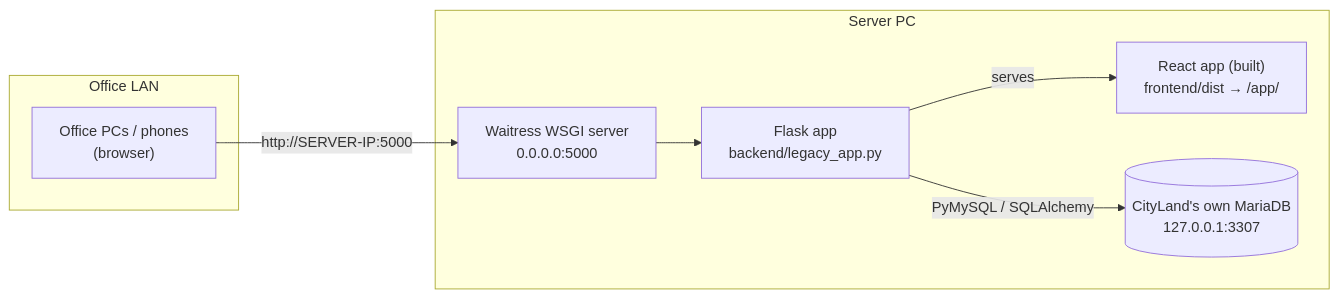
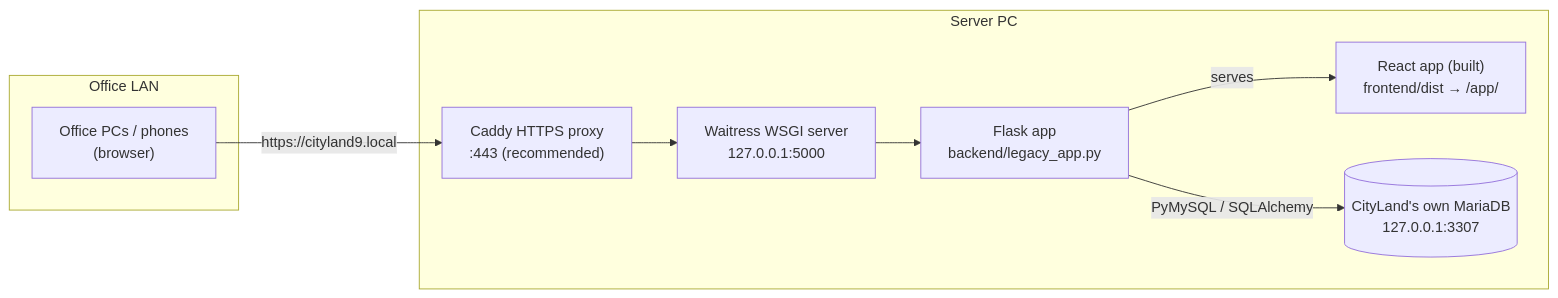
One commit to bryyydev/CITYLAND9_CONDO_SYSTEM changed the first of 2 diagrams in docs/run-guide/README.md. Above: the diagram before and after it, drawn with Mermaid. The commit also changed other lines of this file and 419 other files, not shown here.

````diff
--- a/docs/run-guide/README.md
+++ b/docs/run-guide/README.md
@@ -24,15 +24,16 @@
 ```mermaid
 flowchart LR
   subgraph LAN["Office LAN"]
     PC1["Office PCs / phones<br/>(browser)"]
   end
   subgraph Server["Server PC"]
-    W["Waitress WSGI server<br/>0.0.0.0:5000"]
+    C["Caddy HTTPS proxy<br/>:443 (recommended)"]
+    W["Waitress WSGI server<br/>127.0.0.1:5000"]
     F["Flask app<br/>backend/legacy_app.py"]
     R["React app (built)<br/>frontend/dist → /app/"]
     DB[("CityLand's own MariaDB<br/>127.0.0.1:3307")]
   end
-  PC1 -- "http://SERVER-IP:5000" --> W --> F
+  PC1 -- "https://cityland9.local" --> C --> W --> F
   F -- "serves" --> R
   F -- "PyMySQL / SQLAlchemy" --> DB
 ```
````
